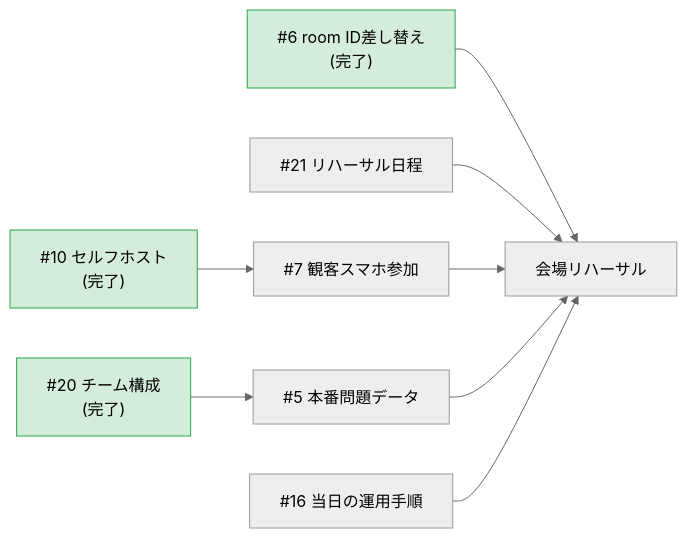
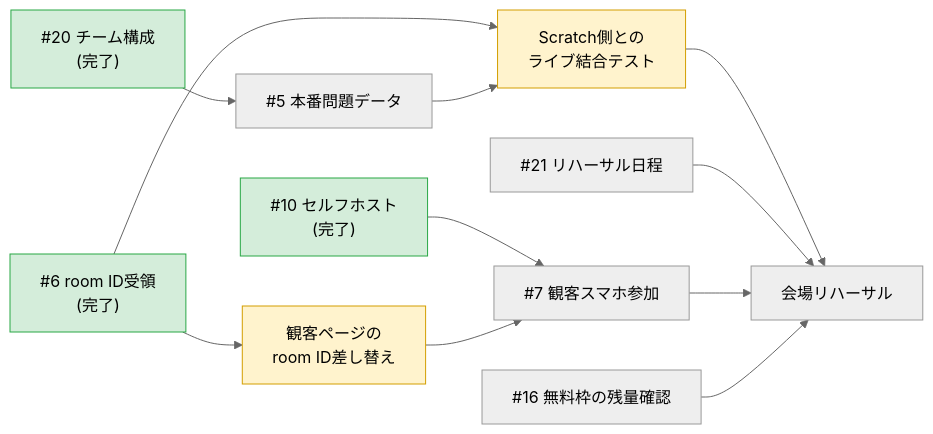
The diagram in docs/status.md (suzuka-kosen-festa/2026-suzuleague), drawn with Mermaid (neutral theme) before and after one commit. The commit also changed other lines of this file and 3 other files, not shown here.

````diff
--- a/docs/status.md
+++ b/docs/status.md
@@ -138,13 +171,18 @@
 ```mermaid
 flowchart LR
     i10["#10 セルフホスト<br>(完了)"] --> i7["#7 観客スマホ参加"]
     i20["#20 チーム構成<br>(完了)"] --> i5["#5 本番問題データ"]
-    i6["#6 room ID差し替え<br>(完了)"] --> reh["会場リハーサル"]
+    i6["#6 room ID受領<br>(完了)"] --> aud["観客ページの<br>room ID差し替え"]
+    i6 --> integ["Scratch側との<br>ライブ結合テスト"]
+    i5 --> integ
+    aud --> i7
+    integ --> reh["会場リハーサル"]
     i21["#21 リハーサル日程"] --> reh
     i7 --> reh
-    i5 --> reh
-    i16["#16 当日の運用手順"] --> reh
+    i16["#16 無料枠の残量確認"] --> reh
     style i10 fill:#d4edda,stroke:#28a745
     style i20 fill:#d4edda,stroke:#28a745
     style i6 fill:#d4edda,stroke:#28a745
+    style integ fill:#fff3cd,stroke:#d39e00
+    style aud fill:#fff3cd,stroke:#d39e00
 ```
````
